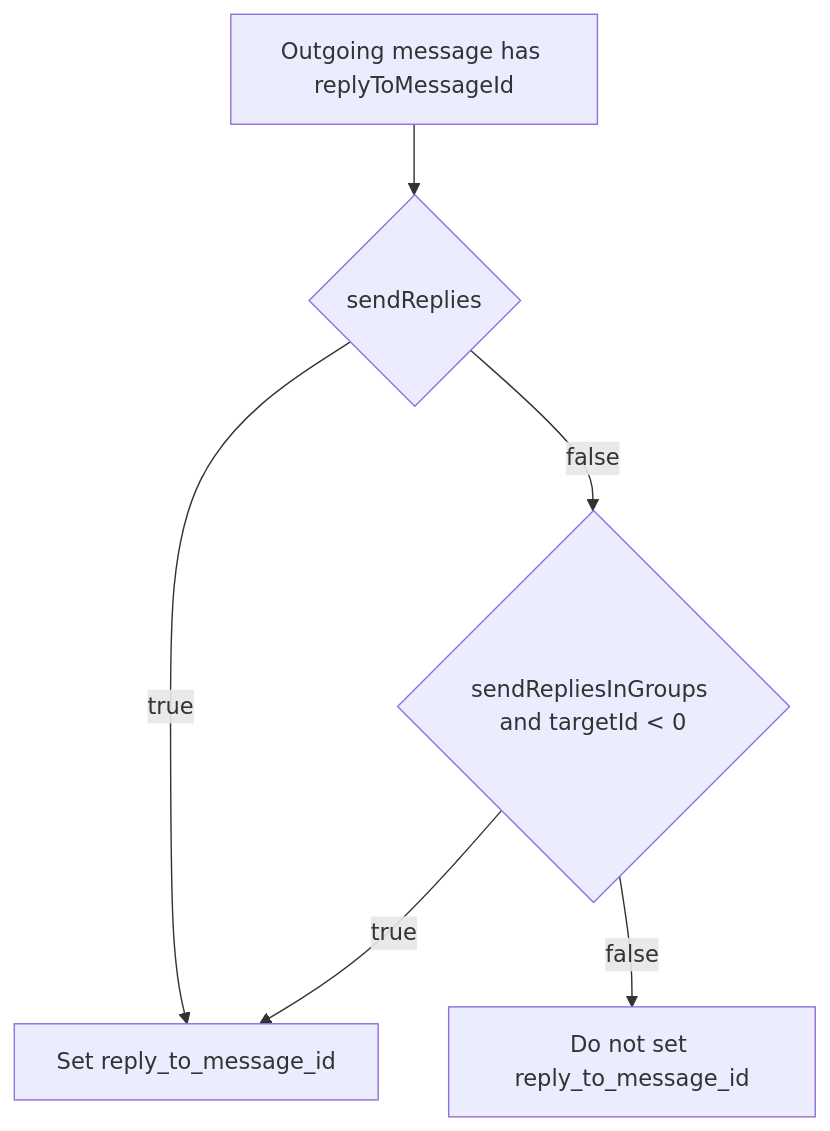
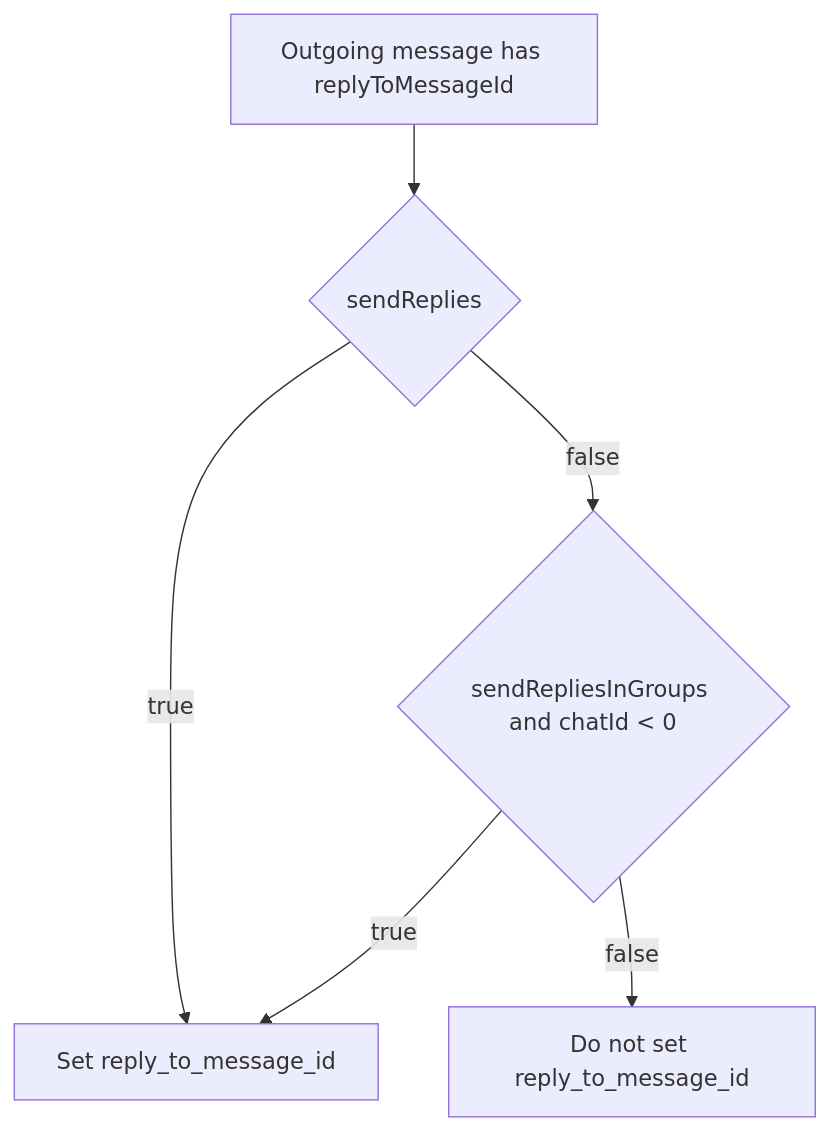
One commit to ex3ndr/daycare changed the diagram in doc/20260228-telegram-group-reply-defaults.md. Above: the diagram before and after it, drawn with Mermaid. The commit also changed 33 other files, not shown here.

````diff
--- a/doc/20260228-telegram-group-reply-defaults.md
+++ b/doc/20260228-telegram-group-reply-defaults.md
@@ -16,8 +16,8 @@
 ```mermaid
 flowchart TD
     A[Outgoing message has replyToMessageId] --> B{sendReplies}
     B -->|true| E[Set reply_to_message_id]
-    B -->|false| C{sendRepliesInGroups and targetId < 0}
+    B -->|false| C{sendRepliesInGroups and chatId < 0}
     C -->|true| E
     C -->|false| D[Do not set reply_to_message_id]
 ```
````
